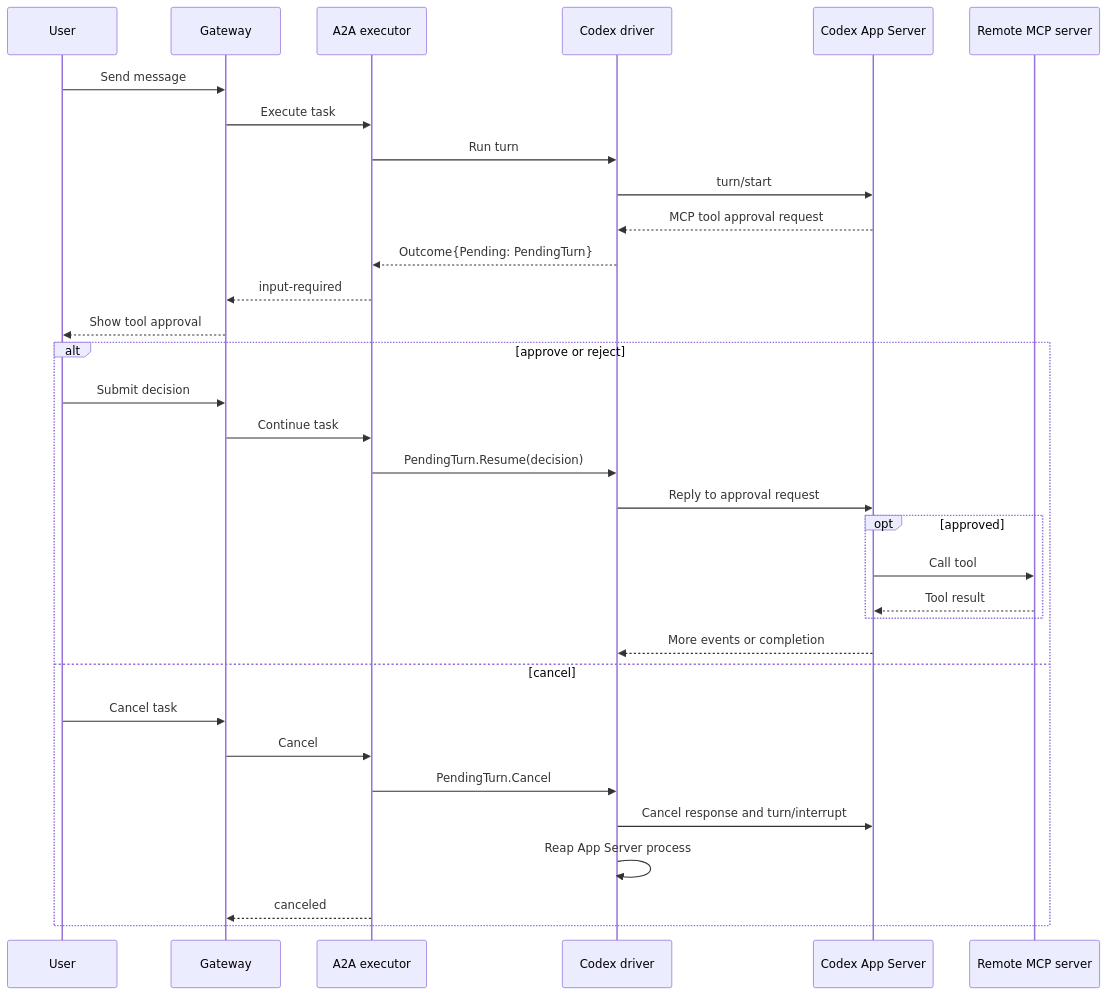
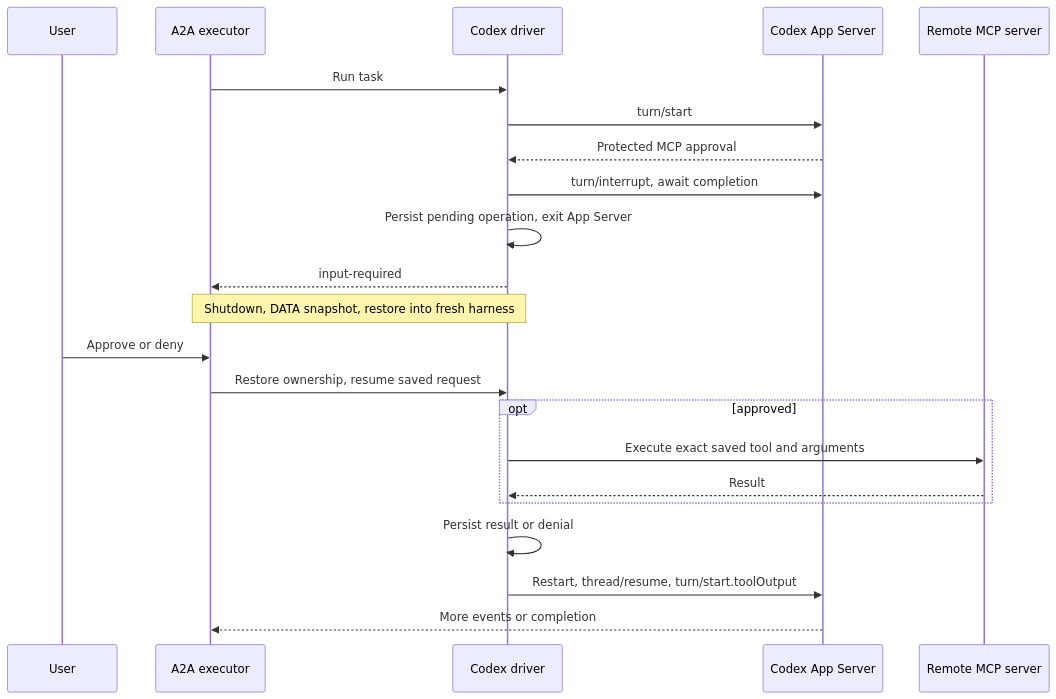
Before and after one commit to kagent-dev/kagent: the diagram in go/harness/codex/README.md, drawn with Mermaid. The commit also changed other lines of this file and 23 other files, not shown here.

````diff
--- a/go/harness/codex/README.md
+++ b/go/harness/codex/README.md
@@ -60,37 +67,24 @@
 ```mermaid
 sequenceDiagram
     participant User
-    participant Gateway
     participant Executor as A2A executor
     participant Driver as Codex driver
     participant Codex as Codex App Server
     participant MCP as Remote MCP server
-
-    User->>Gateway: Send message
-    Gateway->>Executor: Execute task
-    Executor->>Driver: Run turn
+    Executor->>Driver: Run task
     Driver->>Codex: turn/start
-    Codex-->>Driver: MCP tool approval request
-    Driver-->>Executor: Outcome{Pending: PendingTurn}
-    Executor-->>Gateway: input-required
-    Gateway-->>User: Show tool approval
-
-    alt approve or reject
-        User->>Gateway: Submit decision
-        Gateway->>Executor: Continue task
-        Executor->>Driver: PendingTurn.Resume(decision)
-        Driver->>Codex: Reply to approval request
-        opt approved
-            Codex->>MCP: Call tool
-            MCP-->>Codex: Tool result
-        end
-        Codex-->>Driver: More events or completion
-    else cancel
-        User->>Gateway: Cancel task
-        Gateway->>Executor: Cancel
-        Executor->>Driver: PendingTurn.Cancel
-        Driver->>Codex: Cancel response and turn/interrupt
-        Driver->>Driver: Reap App Server process
-        Executor-->>Gateway: canceled
+    Codex-->>Driver: Protected MCP approval
+    Driver->>Codex: turn/interrupt, await completion
+    Driver->>Driver: Persist pending operation, exit App Server
+    Driver-->>Executor: input-required
+    Note over Executor,Driver: Shutdown, DATA snapshot, restore into fresh harness
+    User->>Executor: Approve or deny
+    Executor->>Driver: Restore ownership, resume saved request
+    opt approved
+        Driver->>MCP: Execute exact saved tool and arguments
+        MCP-->>Driver: Result
     end
+    Driver->>Driver: Persist result or denial
+    Driver->>Codex: Restart, thread/resume, turn/start.toolOutput
+    Codex-->>Executor: More events or completion
 ```
````
